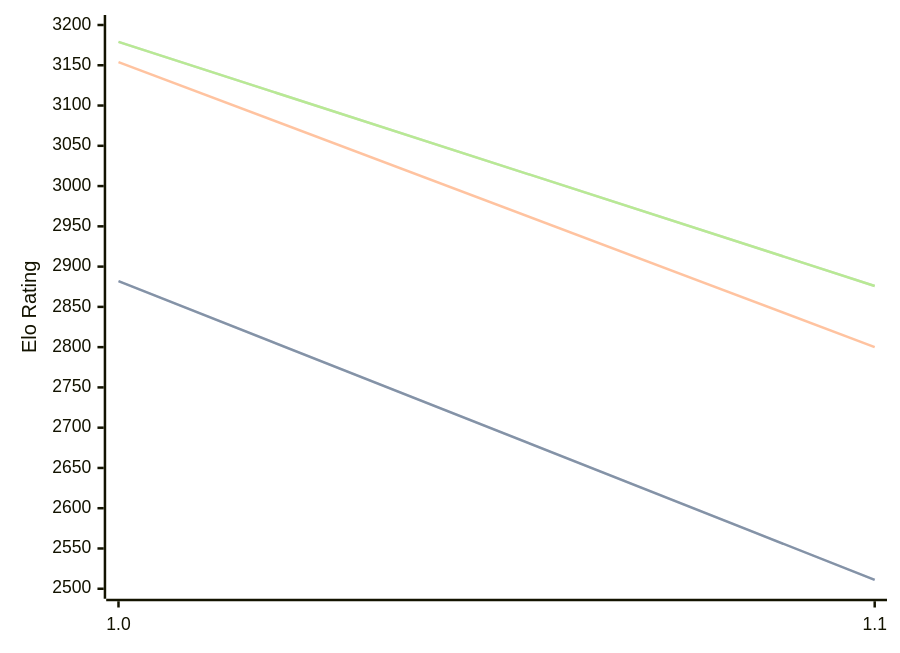
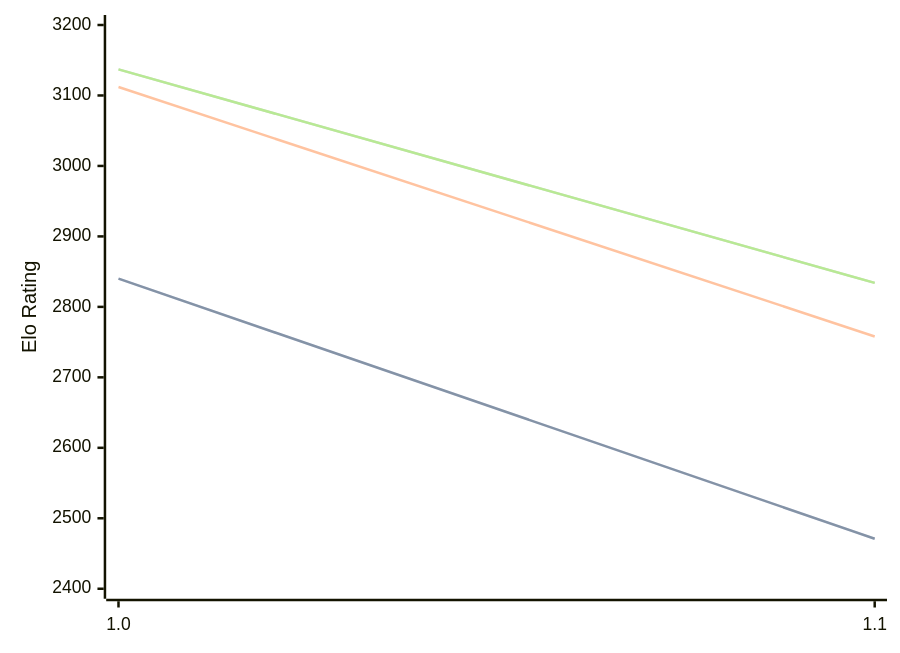
Before and after one commit to computer-chess-index/cci: the diagram in engines/Publius.md, drawn with Mermaid. The commit also changed other lines of this file, not shown here.

Commit message:
Update CCI Ratings (ELO VLTC) - 2026-05-19

````diff
--- a/engines/Publius.md
+++ b/engines/Publius.md
@@ -32,11 +32,11 @@
 ```mermaid
 %%{init: {"theme":"base","themeVariables":{"seriesColors:['#a3a3a3','#222221','#faa371']}}}%%
 xychart-beta
   x-axis ["1.0", "1.1"]
-  y-axis "Elo Rating" 2500 --> 3200
-  line "STC (8.0+0.08s)" [2882, 2511]
-  line "STC (8.0+0.08s)" [2882, 2511]
-  line "LTC (60.0+0.60s)" [3154, 2800]
-  line "VLTC (2m24s+1.12s)" [3179, 2876]
-  line "VLTC (2m24s+1.12s)" [3179, 2876]
+  y-axis "Elo Rating" 2400 --> 3200
+  line "STC (8.0+0.08s)" [2840, 2471]
+  line "STC (8.0+0.08s)" [2840, 2471]
+  line "LTC (60.0+0.60s)" [3112, 2758]
+  line "VLTC (2m24s+1.12s)" [3137, 2834]
+  line "VLTC (2m24s+1.12s)" [3137, 2834]
 ```
````
